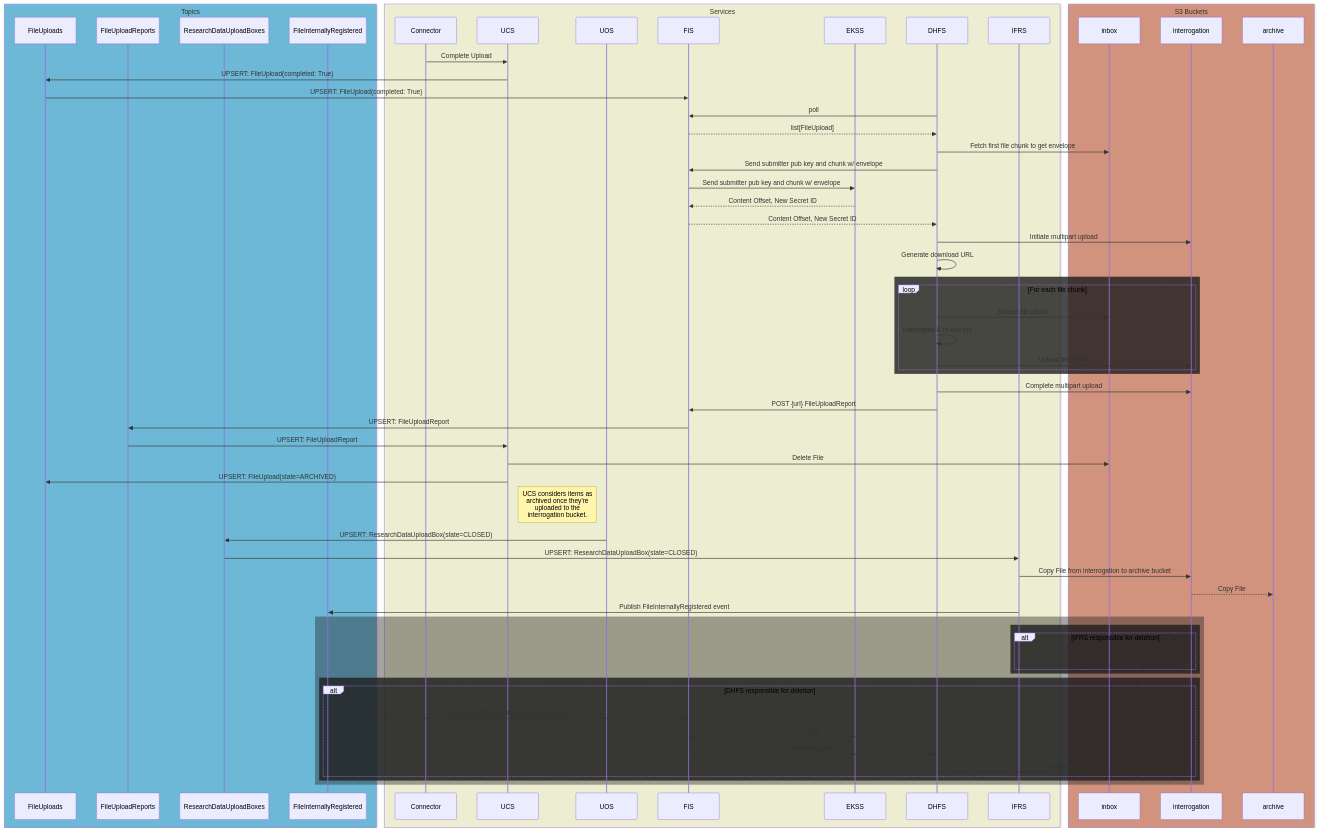
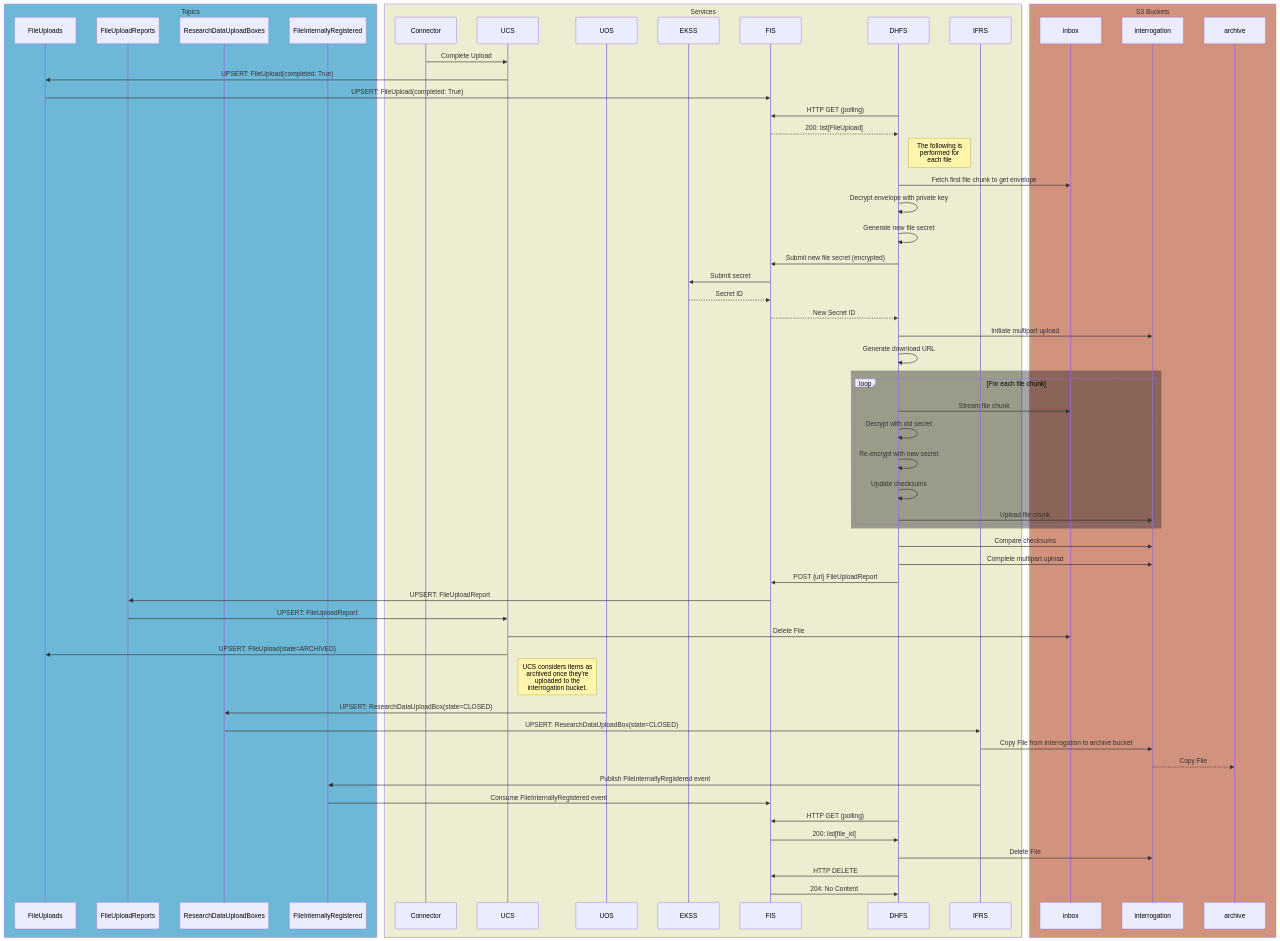
Before and after one commit to ghga-de/epic-docs: the diagram in 84-sarcastic-fringehead/technical_specification.md, drawn with Mermaid. The commit also changed other lines of this file, not shown here.

````diff
--- a/84-sarcastic-fringehead/technical_specification.md
+++ b/84-sarcastic-fringehead/technical_specification.md
@@ -119,70 +163,67 @@
 ```mermaid
 sequenceDiagram
     box rgb(0, 150, 210, 0.5) Topics
         participant FileUploads
         participant FileUploadReports
         participant ResearchDataUploadBoxes
         participant FileInternallyRegistered
     end
     box rgb(255, 255, 200, .5) Services
         participant Connector
         participant UCS
         participant UOS
+        participant EKSS
         participant FIS
-        participant EKSS
         participant DHFS
         participant IFRS
     end
     box rgb(200, 75, 35, 0.5) S3 Buckets
         participant inbox
         participant interrogation
         participant archive
     end
     
     Connector->>UCS: Complete Upload
     UCS->>FileUploads: UPSERT: FileUpload(completed: True)
     FileUploads->>FIS: UPSERT: FileUpload(completed: True)
-    DHFS->>FIS: poll
-    FIS-->>DHFS: list[FileUpload]
+    DHFS->>FIS: HTTP GET (polling)
+    FIS-->>DHFS: 200: list[FileUpload]
+    note right of DHFS: The following is<br>performed for<br>each file
     DHFS->>inbox: Fetch first file chunk to get envelope
-    DHFS->>FIS: Send submitter pub key and chunk w/ envelope
-    FIS->>EKSS: Send submitter pub key and chunk w/ envelope
-    EKSS-->>FIS: Content Offset, New Secret ID
-    FIS-->>DHFS: Content Offset, New Secret ID
+    DHFS->>DHFS: Decrypt envelope with private key
+    DHFS->>DHFS: Generate new file secret
+    DHFS->>FIS: Submit new file secret (encrypted)
+    FIS->>EKSS: Submit secret
+    EKSS-->>FIS: Secret ID
+    FIS-->>DHFS: New Secret ID
     DHFS->>interrogation: Initiate multipart upload
     DHFS->>DHFS: Generate download URL
-    rect rgb(30, 30, 30, .8)
+    rect rgb(30, 30, 30, .4)
         loop For each file chunk
             DHFS->>inbox: Stream file chunk
-            DHFS->>DHFS: Interrogate & re-encrypt
+            DHFS->>DHFS: Decrypt with old secret
+            DHFS->>DHFS: Re-encrypt with new secret
+            DHFS->>DHFS: Update checksums
             DHFS->>interrogation: Upload file chunk
         end
     end
+    DHFS->>interrogation: Compare checksums
     DHFS->>interrogation: Complete multipart upload
     DHFS->>FIS: POST {url} FileUploadReport
     FIS->>FileUploadReports: UPSERT: FileUploadReport
     FileUploadReports->>UCS: UPSERT: FileUploadReport
     UCS->>inbox: Delete File
     UCS->>FileUploads: UPSERT: FileUpload(state=ARCHIVED)
     Note right of UCS: UCS considers items as<br> archived once they're <br> uploaded to the <br> interrogation bucket.
     UOS->>ResearchDataUploadBoxes: UPSERT: ResearchDataUploadBox(state=CLOSED)
     ResearchDataUploadBoxes->>IFRS: UPSERT: ResearchDataUploadBox(state=CLOSED)
     IFRS->>interrogation: Copy File from interrogation to archive bucket
     interrogation-->>archive: Copy File
     IFRS->>FileInternallyRegistered: Publish FileInternallyRegistered event
-    rect rgb(30, 30, 30, .4)
-        rect rgb(30, 30, 30, .8)
-            alt IFRS responsible for deletion
-                IFRS->>interrogation: Delete File
-            end
-        end
-        rect rgb(30, 30, 30, .8)
-            alt DHFS responsible for deletion
-                FileInternallyRegistered->>FIS: Consume FileInternallyRegistered event
-                DHFS->>FIS: poll
-                FIS->>DHFS: list[FileUpload]
-                DHFS->>interrogation: Delete File
-            end
-        end
-    end
+    FileInternallyRegistered->>FIS: Consume FileInternallyRegistered event
+    DHFS->>FIS: HTTP GET (polling)
+    FIS->>DHFS: 200: list[file_id]
+    DHFS->>interrogation: Delete File
+    DHFS->>FIS: HTTP DELETE
+    FIS->>DHFS: 204: No Content
 ```
````
